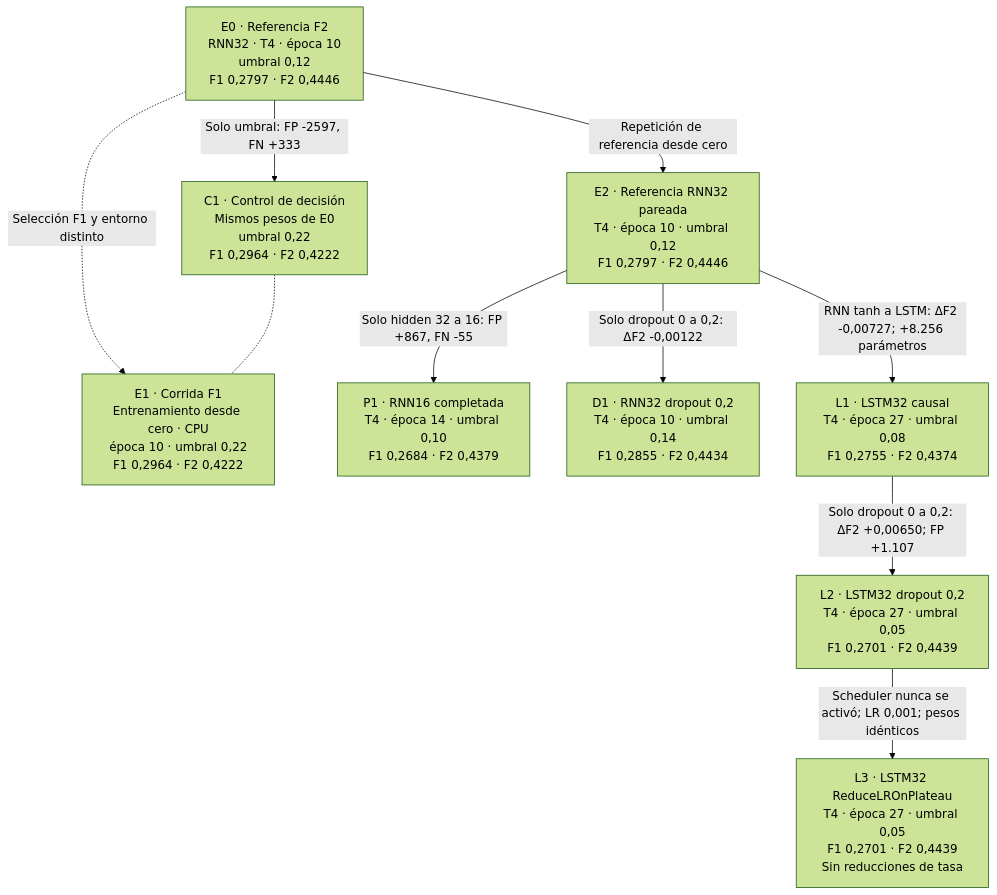
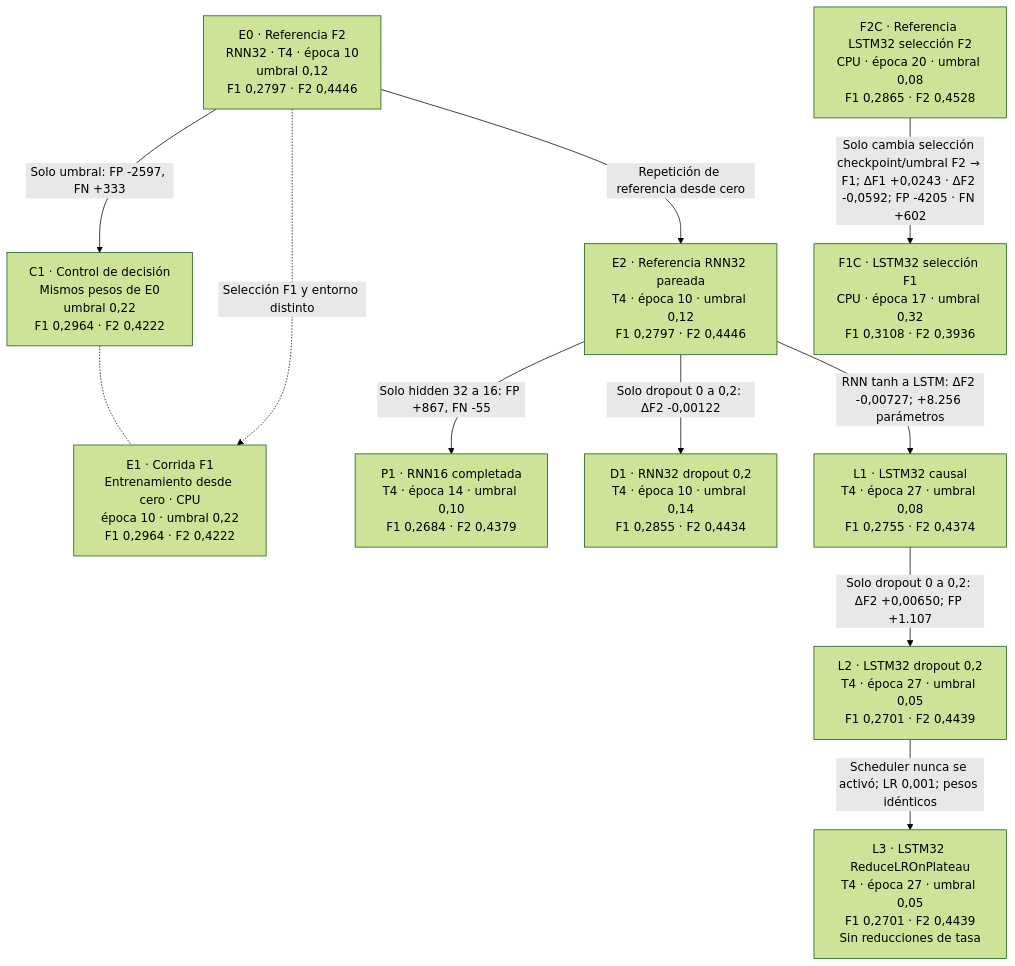
The diagram in docs/aclaraciones/09_arbol_experimentos.md (SSloan07/F1-PitStop-Predictor), drawn with Mermaid (forest theme) before and after one commit. The commit also changed other lines of this file and 20 other files, not shown here.

````diff
--- a/docs/aclaraciones/09_arbol_experimentos.md
+++ b/docs/aclaraciones/09_arbol_experimentos.md
@@ -34,21 +35,24 @@
 ```mermaid
 flowchart TB
     E0["E0 · Referencia F2<br/>RNN32 · T4 · época 10<br/>umbral 0,12<br/>F1 0,2797 · F2 0,4446"]
     C1["C1 · Control de decisión<br/>Mismos pesos de E0<br/>umbral 0,22<br/>F1 0,2964 · F2 0,4222"]
     E1["E1 · Corrida F1<br/>Entrenamiento desde cero · CPU<br/>época 10 · umbral 0,22<br/>F1 0,2964 · F2 0,4222"]
     E2["E2 · Referencia RNN32 pareada<br/>T4 · época 10 · umbral 0,12<br/>F1 0,2797 · F2 0,4446"]
     P1["P1 · RNN16 completada<br/>T4 · época 14 · umbral 0,10<br/>F1 0,2684 · F2 0,4379"]
     D1["D1 · RNN32 dropout 0,2<br/>T4 · época 10 · umbral 0,14<br/>F1 0,2855 · F2 0,4434"]
     L1["L1 · LSTM32 causal<br/>T4 · época 27 · umbral 0,08<br/>F1 0,2755 · F2 0,4374"]
     L2["L2 · LSTM32 dropout 0,2<br/>T4 · época 27 · umbral 0,05<br/>F1 0,2701 · F2 0,4439"]
     L3["L3 · LSTM32 ReduceLROnPlateau<br/>T4 · época 27 · umbral 0,05<br/>F1 0,2701 · F2 0,4439<br/>Sin reducciones de tasa"]
+    F2C["F2C · Referencia LSTM32 selección F2<br/>CPU · época 20 · umbral 0,08<br/>F1 0,2865 · F2 0,4528"]
+    F1C["F1C · LSTM32 selección F1<br/>CPU · época 17 · umbral 0,32<br/>F1 0,3108 · F2 0,3936"]
     E0 -->|"Solo umbral: FP -2597, FN +333"| C1
     E0 -.->|"Selección F1 y entorno distinto"| E1
     E0 -->|"Repetición de referencia desde cero"| E2
     E2 -->|"Solo hidden 32 a 16: FP +867, FN -55"| P1
     E2 -->|"Solo dropout 0 a 0,2: ΔF2 -0,00122"| D1
     E2 -->|"RNN tanh a LSTM: ΔF2 -0,00727; +8.256 parámetros"| L1
     L1 -->|"Solo dropout 0 a 0,2: ΔF2 +0,00650; FP +1.107"| L2
     L2 -->|"Scheduler nunca se activó; LR 0,001; pesos idénticos"| L3
+    F2C -->|"Solo cambia selección checkpoint/umbral F2 → F1; ΔF1 +0,0243 · ΔF2 -0,0592; FP -4205 · FN +602"| F1C
     C1 -.- E1
 ```
````
